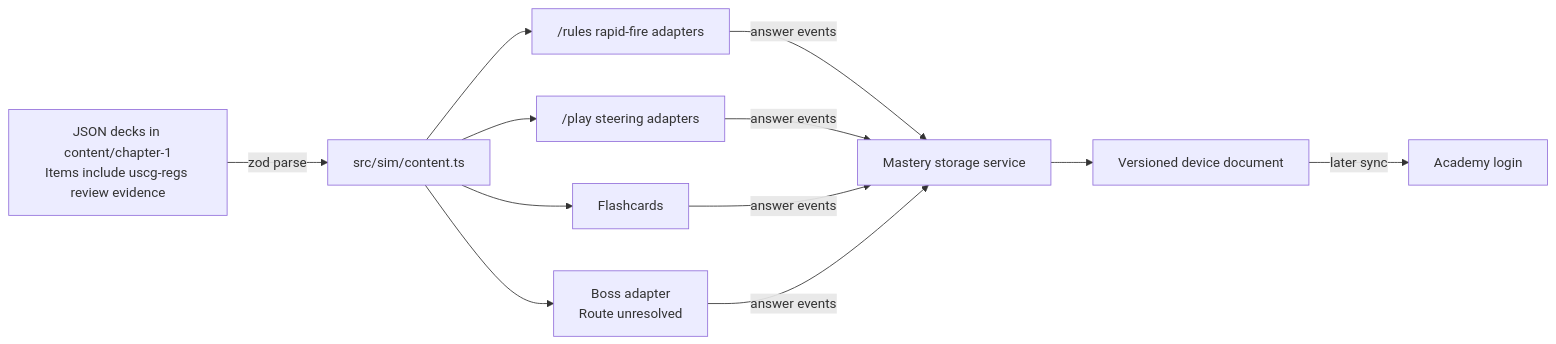
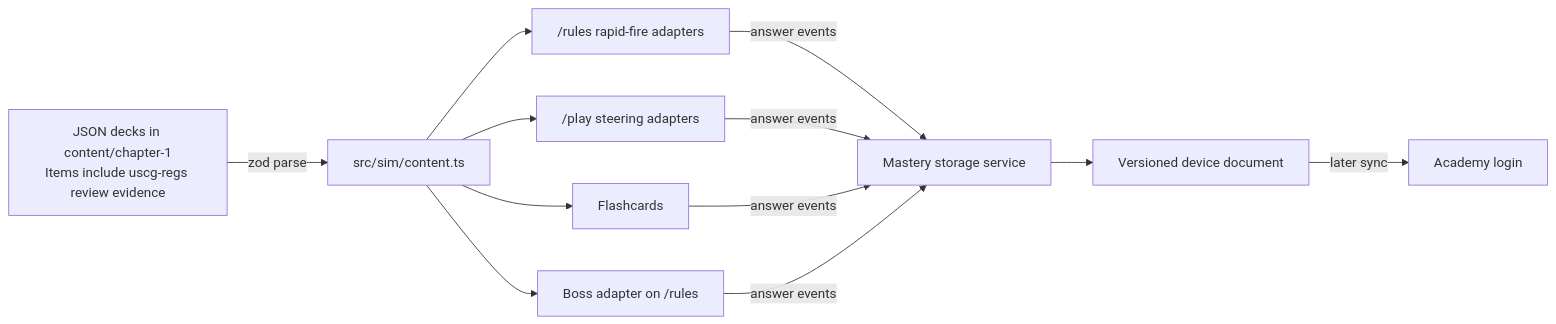
The first of 2 diagrams in docs/product/chapter-1-build-plan.md (Etdev2/Captains-academy-), drawn with Mermaid before and after one commit. The commit also changed other lines of this file and 8 other files, not shown here.

````diff
--- a/docs/product/chapter-1-build-plan.md
+++ b/docs/product/chapter-1-build-plan.md
@@ -136,14 +158,14 @@
 ```mermaid
 flowchart LR
   A["JSON decks in content/chapter-1<br/>Items include uscg-regs review evidence"] -->|zod parse| B["src/sim/content.ts"]
   B --> C["/rules rapid-fire adapters"]
   B --> D["/play steering adapters"]
   B --> E["Flashcards"]
-  B --> F["Boss adapter<br/>Route unresolved"]
+  B --> F["Boss adapter on /rules"]
   C -->|answer events| G["Mastery storage service"]
   D -->|answer events| G
   E -->|answer events| G
   F -->|answer events| G
   G --> H["Versioned device document"]
   H -->|later sync| I["Academy login"]
 ```
````
